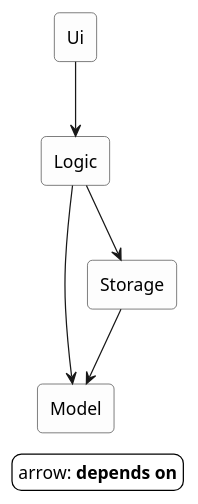
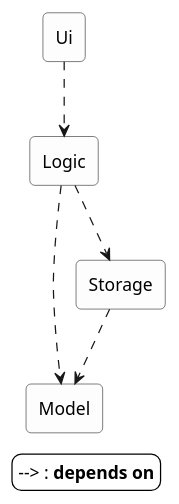
The diagram in architecture/introduction/what/images/architecture.puml (se-edu/se-book), drawn with PlantUML before and after one commit. The commit also changed 19 other files, not shown here.

Commit message:
architecture: Refine text

```diff
--- a/architecture/introduction/what/images/architecture.puml
+++ b/architecture/introduction/what/images/architecture.puml
@@ -1,22 +1,22 @@
 @startuml
 skinparam backgroundColor transparent
 skinparam shadowing false
 skinparam defaultTextAlignment center
 skinparam rectangle {
   BackgroundColor #FDFDFD
   BorderColor #333333
   roundCorner 8
 }
 top to bottom direction
 rectangle "Ui" as ui
 rectangle "Logic" as logic
 rectangle "Model" as model
 rectangle "Storage" as storage
-ui --> logic
-logic --> model
-logic --> storage
-storage --> model
+ui ..> logic
+logic ..> model
+logic ..> storage
+storage ..> model
 legend bottom
-  arrow: <b>depends on</b>
+  --> : <b>depends on</b>
 endlegend
 @enduml
```
